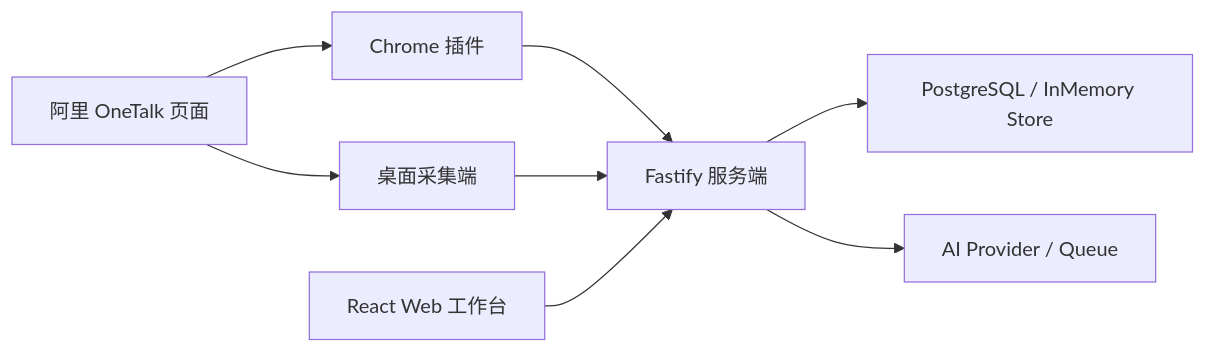
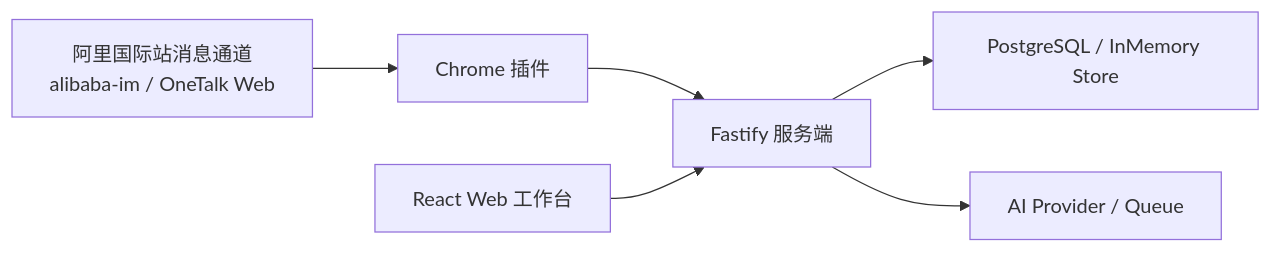
Before and after one commit to dongruiyang2024/TradeBridge: the diagram in README.md, drawn with Mermaid. The commit also changed other lines of this file and 63 other files, not shown here.

Commit message:
refactor: align bridge with chrome multichannel architecture

````diff
--- a/README.md
+++ b/README.md
@@ -40,10 +40,8 @@
 ```mermaid
 flowchart LR
-  OneTalk["阿里 OneTalk 页面"] --> ChromeExt["Chrome 插件"]
-  OneTalk --> Desktop["桌面采集端"]
+  Alibaba["阿里国际站消息通道<br/>alibaba-im / OneTalk Web"] --> ChromeExt["Chrome 插件"]
   ChromeExt --> Server["Fastify 服务端"]
-  Desktop --> Server
   Web["React Web 工作台"] --> Server
   Server --> DB["PostgreSQL / InMemory Store"]
   Server --> AI["AI Provider / Queue"]
 ```
````
